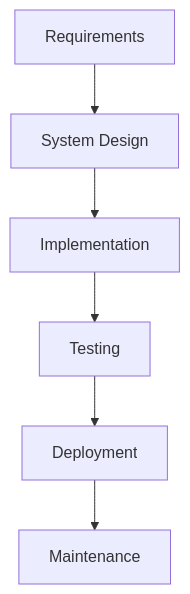
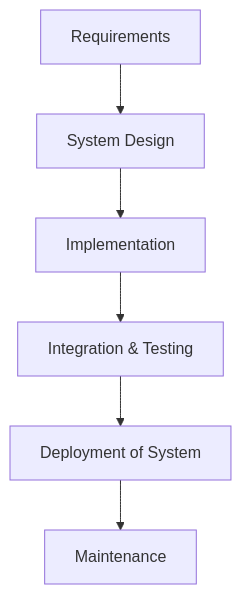
One commit to nguynn12/Cong-nghe-phan-mem changed the first of 4 diagrams in index.md. Above: the diagram before and after it, drawn with Mermaid. The commit also changed other lines of this file, not shown here.

```diff
--- a/index.md
+++ b/index.md
@@ -39,8 +39,8 @@
 <pre class="mermaid">
 graph TD
     A[Requirements] --> B[System Design]
     B --> C[Implementation]
-    C --> D[Testing]
-    D --> E[Deployment]
+    C --> D[Integration & Testing]
+    D --> E[Deployment of System]
     E --> F[Maintenance]
 </pre>
```
